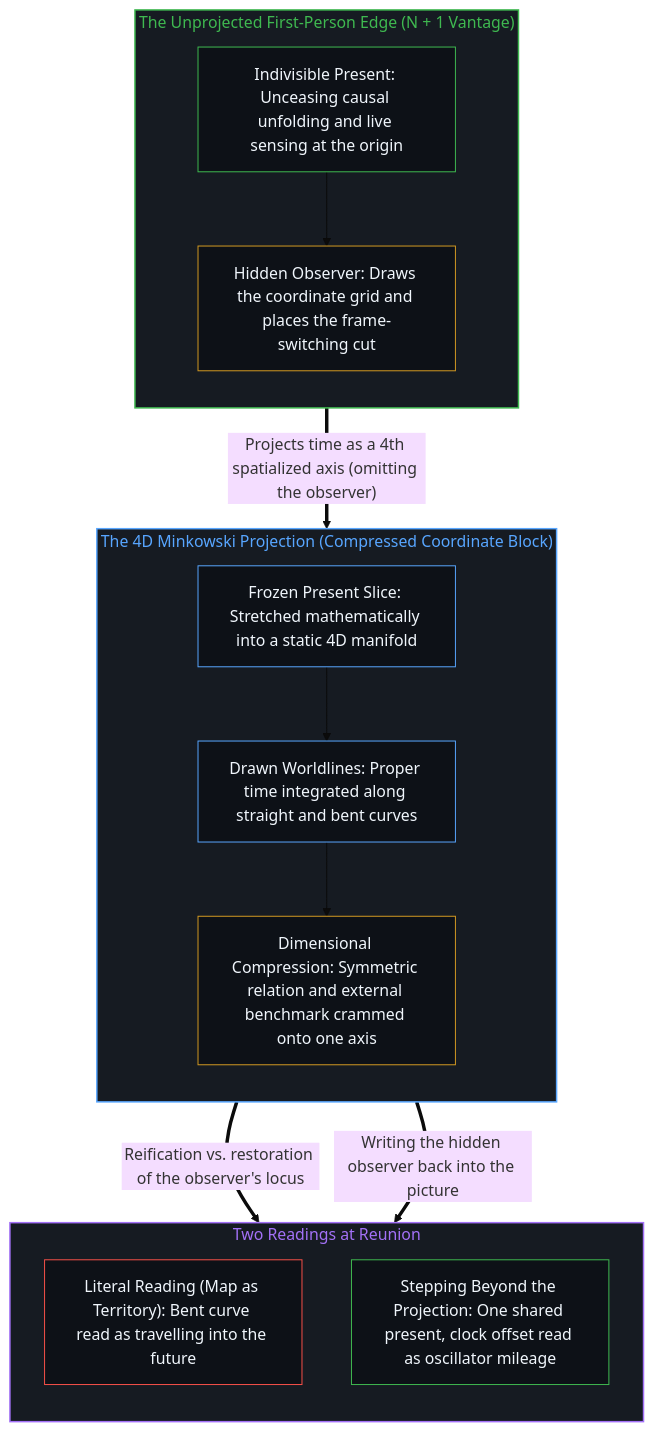
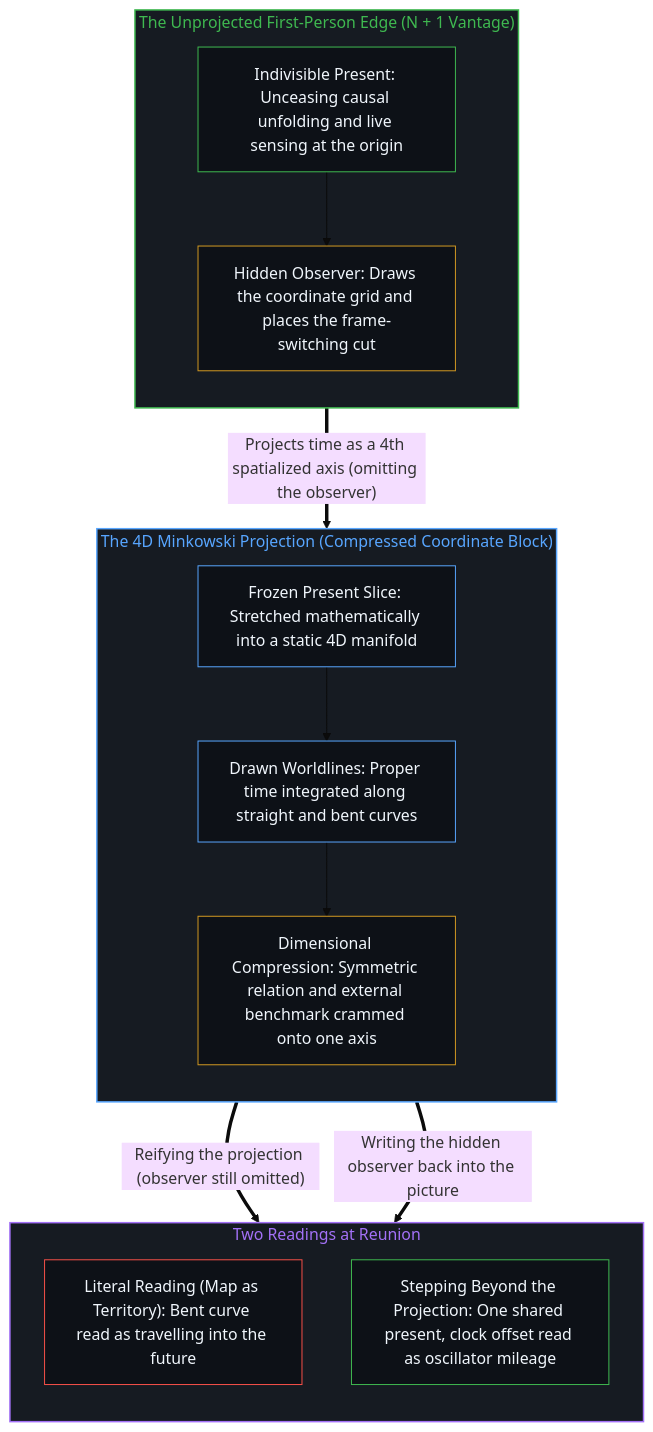
Before and after one commit to powerpig99/not-a-toe: the second of 2 diagrams in content/posts/the-twin-paradox-and-the-hidden-observer.md, drawn with Mermaid (base theme). The commit also changed other lines of this file and 27 other files, not shown here.

````diff
--- a/content/posts/the-twin-paradox-and-the-hidden-observer.md
+++ b/content/posts/the-twin-paradox-and-the-hidden-observer.md
@@ -99,39 +95,35 @@
 ```mermaid
 flowchart TD
     subgraph S_Edge["The Unprojected First-Person Edge (N + 1 Vantage)"]
         direction TB
         E_Now["Indivisible Present: Unceasing causal unfolding and live sensing at the origin"]
         E_Cut["Hidden Observer: Draws the coordinate grid and places the frame-switching cut"]
         E_Now --> E_Cut
     end
-
     subgraph S_Block["The 4D Minkowski Projection (Compressed Coordinate Block)"]
         direction TB
         B_Freeze["Frozen Present Slice: Stretched mathematically into a static 4D manifold"]
         B_Lines["Drawn Worldlines: Proper time integrated along straight and bent curves"]
         B_Clash["Dimensional Compression: Symmetric relation and external benchmark crammed onto one axis"]
         B_Freeze --> B_Lines
         B_Lines --> B_Clash
     end
-
     subgraph S_Read["Two Readings at Reunion"]
         direction TB
         R_Paradox["Literal Reading (Map as Territory): Bent curve read as travelling into the future"]
         R_Dissolve["Stepping Beyond the Projection: One shared present, clock offset read as oscillator mileage"]
     end
-
     E_Cut ==>|"Projects time as a 4th spatialized axis (omitting the observer)"| B_Freeze
-    B_Clash ==>|"Reification vs. restoration of the observer's locus"| R_Paradox
+    B_Clash ==>|"Reifying the projection (observer still omitted)"| R_Paradox
     B_Clash ==>|"Writing the hidden observer back into the picture"| R_Dissolve
-
     style S_Edge fill:#161b22,stroke:#3fb950,stroke-width:1.5px,color:#3fb950
     style S_Block fill:#161b22,stroke:#58a6ff,stroke-width:1.5px,color:#58a6ff
     style S_Read fill:#161b22,stroke:#a371f7,stroke-width:1.5px,color:#a371f7
     style E_Now fill:#0d1117,stroke:#3fb950,stroke-width:1px,color:#f0f6fc
     style E_Cut fill:#0d1117,stroke:#d29922,stroke-width:1px,color:#f0f6fc
     style B_Freeze fill:#0d1117,stroke:#58a6ff,stroke-width:1px,color:#f0f6fc
     style B_Lines fill:#0d1117,stroke:#58a6ff,stroke-width:1px,color:#f0f6fc
     style B_Clash fill:#0d1117,stroke:#d29922,stroke-width:1px,color:#f0f6fc
     style R_Paradox fill:#0d1117,stroke:#f85149,stroke-width:1px,color:#f0f6fc
     style R_Dissolve fill:#0d1117,stroke:#3fb950,stroke-width:1px,color:#f0f6fc
 ```
````
